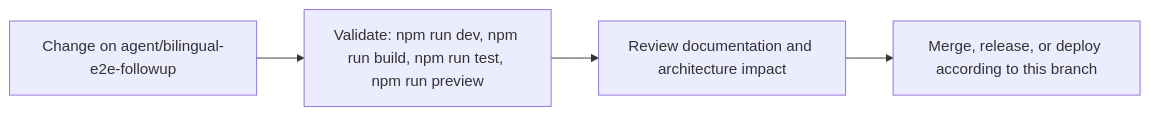
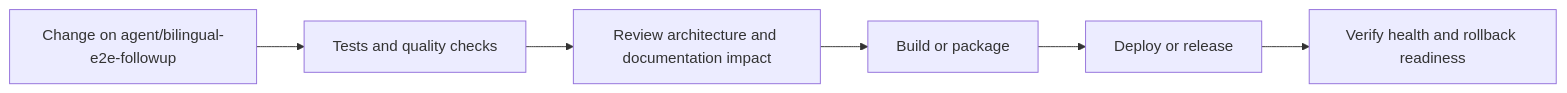
One commit to Nischhalsubba/Napiyo changed the fourth of 5 diagrams in README.md. Above: the diagram before and after it, drawn with Mermaid. The commit also changed other lines of this file, not shown here.

````diff
--- a/README.md
+++ b/README.md
@@ -72,8 +154,8 @@
 ```mermaid
 flowchart LR
-    CHANGE["Change on agent/bilingual-e2e-followup"]
-    CHECK["Validate: npm run dev, npm run build, npm run test, npm run preview"]
-    REVIEW["Review documentation and architecture impact"]
-    RELEASE["Merge, release, or deploy according to this branch"]
-    CHANGE --> CHECK --> REVIEW --> RELEASE
+    CHANGE["Change on agent/bilingual-e2e-followup"] --> CHECK["Tests and quality checks"]
+    CHECK --> REVIEW["Review architecture and documentation impact"]
+    REVIEW --> BUILD["Build or package"]
+    BUILD --> DEPLOY["Deploy or release"]
+    DEPLOY --> VERIFY["Verify health and rollback readiness"]
 ```
````
